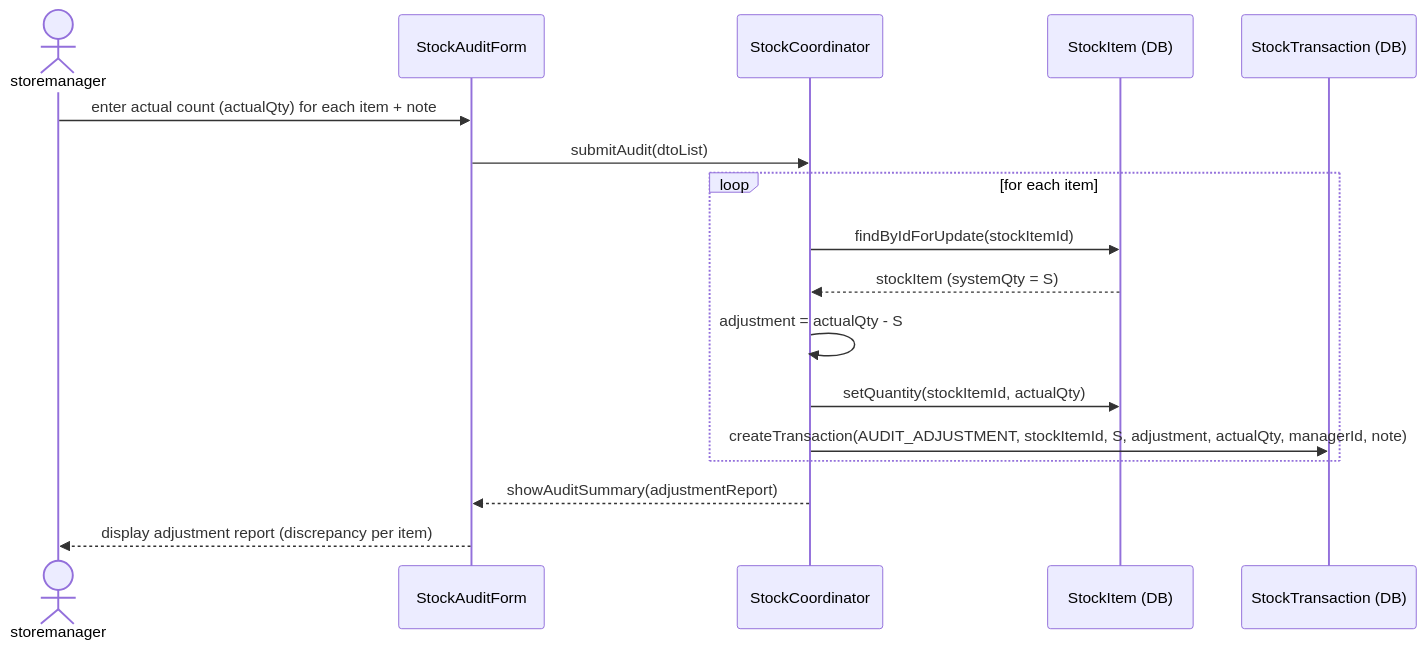
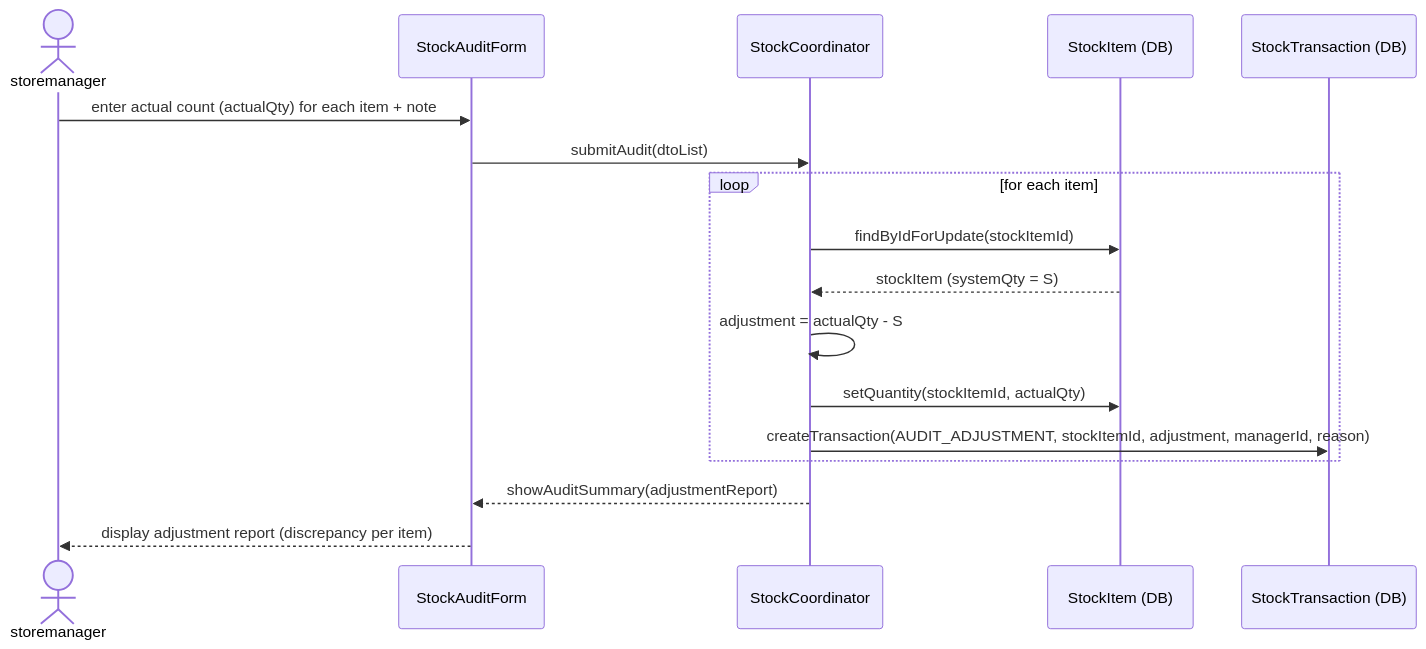
One commit to Shaichi/Khoga_coffe_shop changed the third of 4 diagrams in rds_sections/09_detailed_3_6_inventory.md. Above: the diagram before and after it, drawn with Mermaid. The commit also changed other lines of this file and 15 other files, not shown here.

````diff
--- a/rds_sections/09_detailed_3_6_inventory.md
+++ b/rds_sections/09_detailed_3_6_inventory.md
@@ -131,20 +128,20 @@
 ```mermaid
 sequenceDiagram
     actor storemanager
     participant AuditForm as StockAuditForm
     participant StockCoord as StockCoordinator
     participant StockItemDB as StockItem (DB)
     participant TxDB as StockTransaction (DB)
 
     storemanager->>AuditForm: enter actual count (actualQty) for each item + note
     AuditForm->>StockCoord: submitAudit(dtoList)
     loop for each item
         StockCoord->>StockItemDB: findByIdForUpdate(stockItemId)
         StockItemDB-->>StockCoord: stockItem (systemQty = S)
         StockCoord->>StockCoord: adjustment = actualQty - S
         StockCoord->>StockItemDB: setQuantity(stockItemId, actualQty)
-        StockCoord->>TxDB: createTransaction(AUDIT_ADJUSTMENT, stockItemId, S, adjustment, actualQty, managerId, note)
+        StockCoord->>TxDB: createTransaction(AUDIT_ADJUSTMENT, stockItemId, adjustment, managerId, reason)
     end
     StockCoord-->>AuditForm: showAuditSummary(adjustmentReport)
     AuditForm-->>storemanager: display adjustment report (discrepancy per item)
 ```
````
